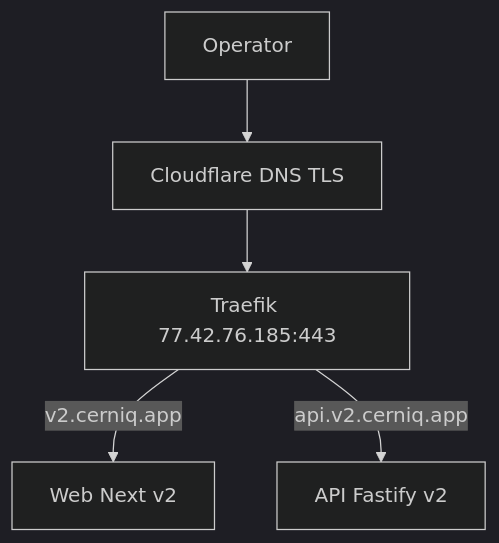
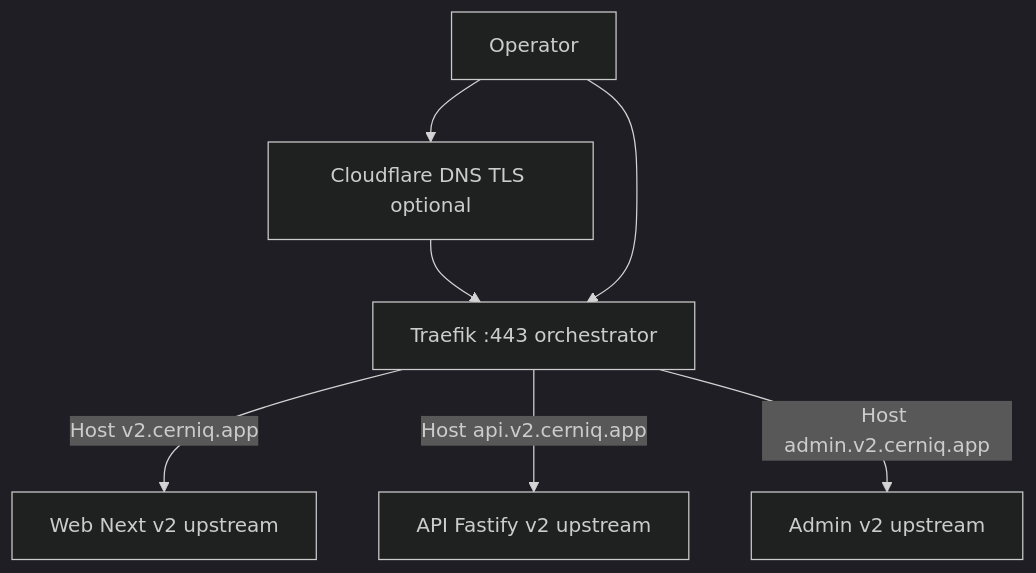
One commit to neacisu/cerniq_app_v2.0_CB changed the first of 3 diagrams in docs/enterprise/c4-deployment-views.md. Above: the diagram before and after it, drawn with Mermaid (dark theme). The commit also changed other lines of this file and 245 other files, not shown here.

````diff
--- a/docs/enterprise/c4-deployment-views.md
+++ b/docs/enterprise/c4-deployment-views.md
@@ -7,11 +13,13 @@
 ```mermaid
 flowchart TB
   operator[Operator]
-  cf[Cloudflare DNS TLS]
-  tr[Traefik 77.42.76.185:443]
-  web[Web Next v2]
-  api[API Fastify v2]
+  cf[Cloudflare DNS TLS optional]
+  tr[Traefik :443 orchestrator]
+  web[Web Next v2 upstream]
+  api[API Fastify v2 upstream]
   operator --> cf --> tr
-  tr -->|v2.cerniq.app| web
-  tr -->|api.v2.cerniq.app| api
+  operator --> tr
+  tr -->|Host v2.cerniq.app| web
+  tr -->|Host api.v2.cerniq.app| api
+  tr -->|Host admin.v2.cerniq.app| admin[Admin v2 upstream]
 ```
````
